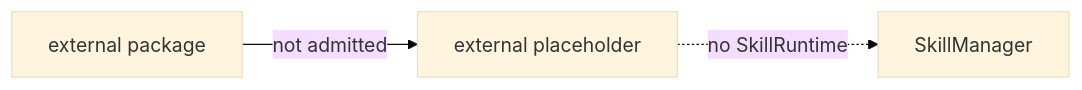
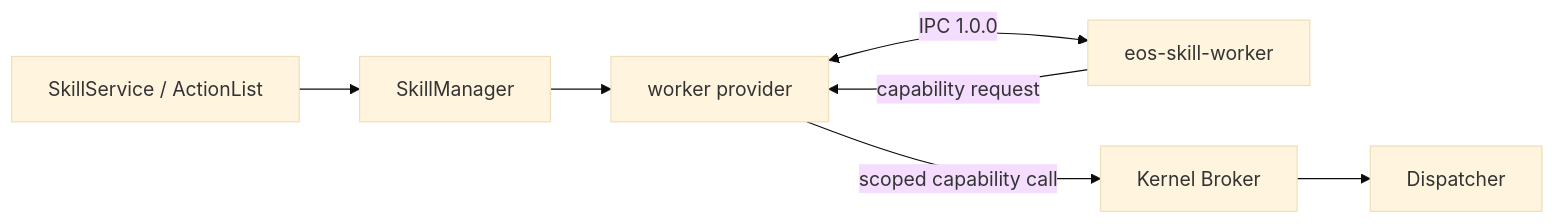
The diagram in docs/eos/design/runtime/skills/external.md (Island-Team/Aether-EOS-R), drawn with Mermaid (base theme) before and after one commit. The commit also changed other lines of this file and 1196 other files, not shown here.

````diff
--- a/docs/eos/design/runtime/skills/external.md
+++ b/docs/eos/design/runtime/skills/external.md
@@ -15,5 +34,9 @@
 ```mermaid
 flowchart LR
-  package["external package"] -->|"not admitted"| placeholder["external placeholder"]
-  placeholder -.->|"no SkillRuntime"| manager["SkillManager"]
+  caller["SkillService / ActionList"] --> manager["SkillManager"]
+  manager --> provider["worker provider"]
+  provider <-->|"IPC 1.0.0"| worker["eos-skill-worker"]
+  worker -->|"capability request"| provider
+  provider -->|"scoped capability call"| broker["Kernel Broker"]
+  broker --> dispatcher["Dispatcher"]
 ```
````
